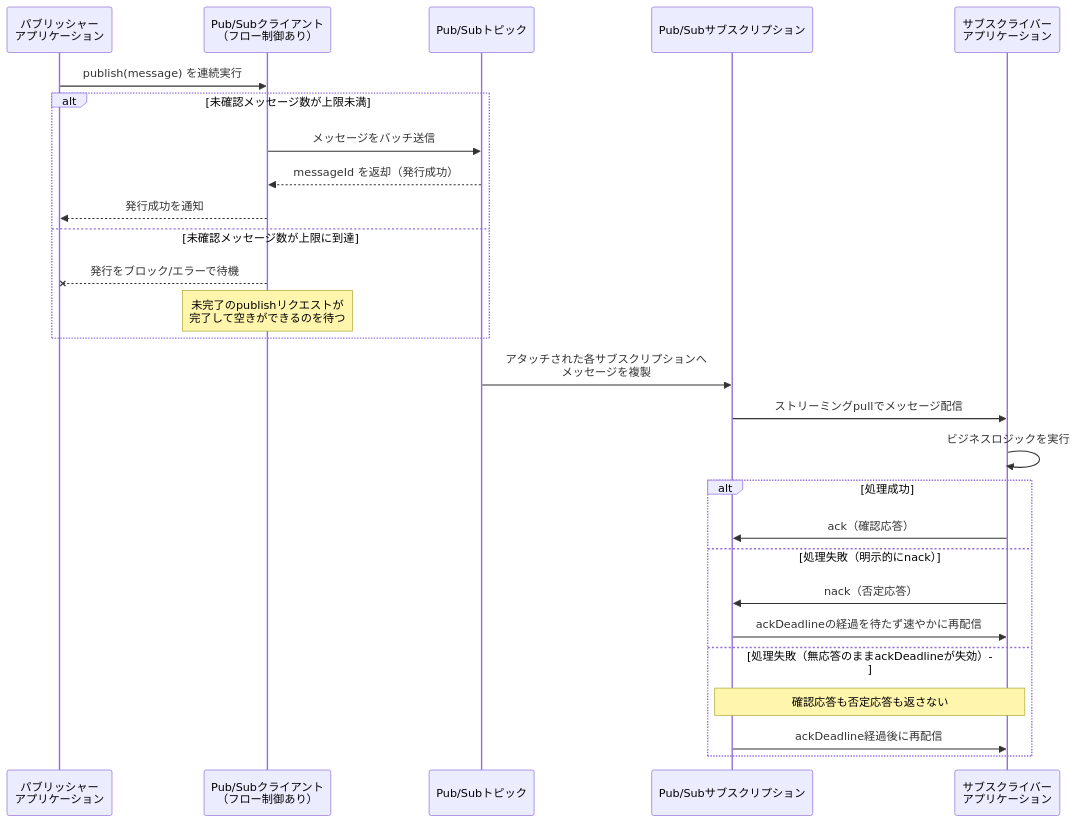
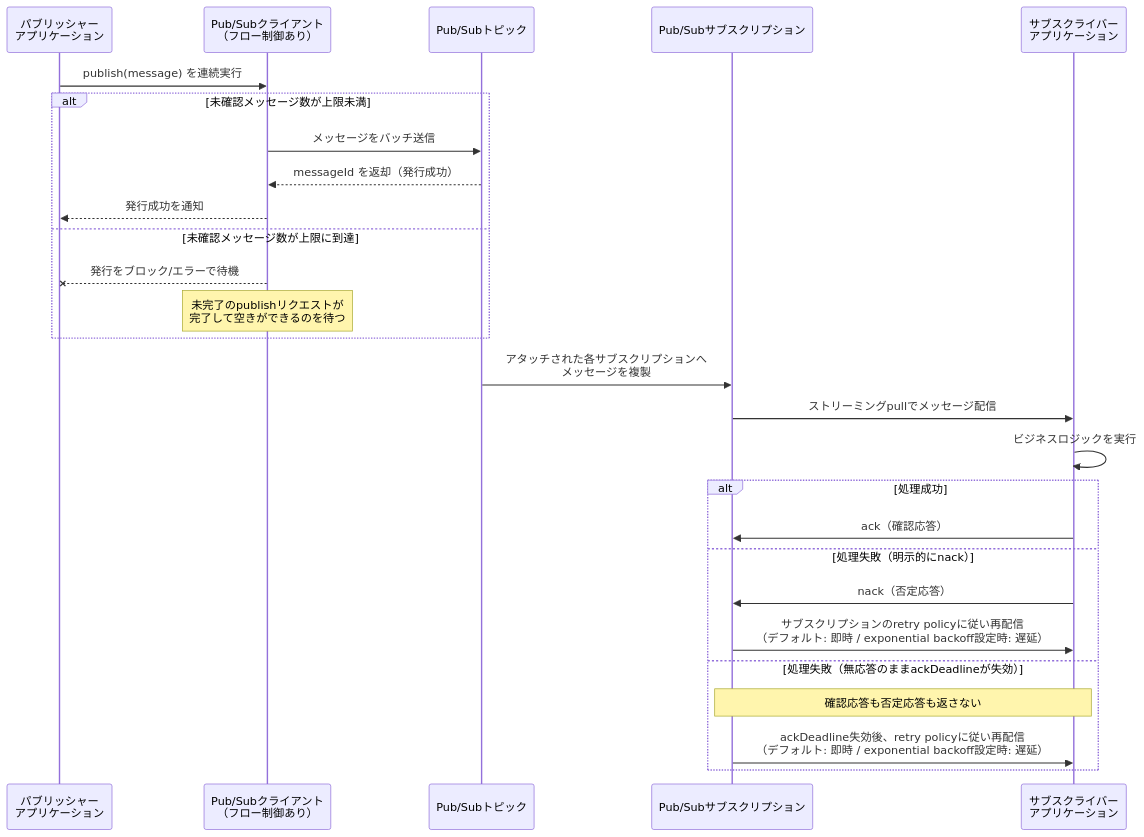
The sixth of 15 diagrams in Gcp-professional-cloud-developer-section4.md (myoshi2891/Cloud-Infrastructure-Studies), drawn with Mermaid before and after one commit. The commit also changed other lines of this file and 1 other file, not shown here.

Commit message:
docs(pcd): update Cloud Run MCP archive format and Section 4 DB/PubSub flowchart and retry policy

````diff
--- a/Gcp-professional-cloud-developer-section4.md
+++ b/Gcp-professional-cloud-developer-section4.md
@@ -266,30 +268,30 @@
 ```mermaid
 sequenceDiagram
     participant Pub as パブリッシャー<br/>アプリケーション
     participant Client as Pub/Subクライアント<br/>（フロー制御あり）
     participant Topic as Pub/Subトピック
     participant Subsc as Pub/Subサブスクリプション
     participant Sub as サブスクライバー<br/>アプリケーション
 
     Pub->>Client: publish(message) を連続実行
     alt 未確認メッセージ数が上限未満
         Client->>Topic: メッセージをバッチ送信
         Topic-->>Client: messageId を返却（発行成功）
         Client-->>Pub: 発行成功を通知
     else 未確認メッセージ数が上限に到達
         Client--xPub: 発行をブロック/エラーで待機
         Note over Client: 未完了のpublishリクエストが<br/>完了して空きができるのを待つ
     end
     Topic->>Subsc: アタッチされた各サブスクリプションへ<br/>メッセージを複製
     Subsc->>Sub: ストリーミングpullでメッセージ配信
     Sub->>Sub: ビジネスロジックを実行
     alt 処理成功
         Sub->>Subsc: ack（確認応答）
     else 処理失敗（明示的にnack）
         Sub->>Subsc: nack（否定応答）
-        Subsc->>Sub: ackDeadlineの経過を待たず速やかに再配信
+        Subsc->>Sub: サブスクリプションのretry policyに従い再配信<br/>（デフォルト: 即時 / exponential backoff設定時: 遅延）
     else 処理失敗（無応答のままackDeadlineが失効）
         Note over Sub,Subsc: 確認応答も否定応答も返さない
-        Subsc->>Sub: ackDeadline経過後に再配信
+        Subsc->>Sub: ackDeadline失効後、retry policyに従い再配信<br/>（デフォルト: 即時 / exponential backoff設定時: 遅延）
     end
 ```
````
